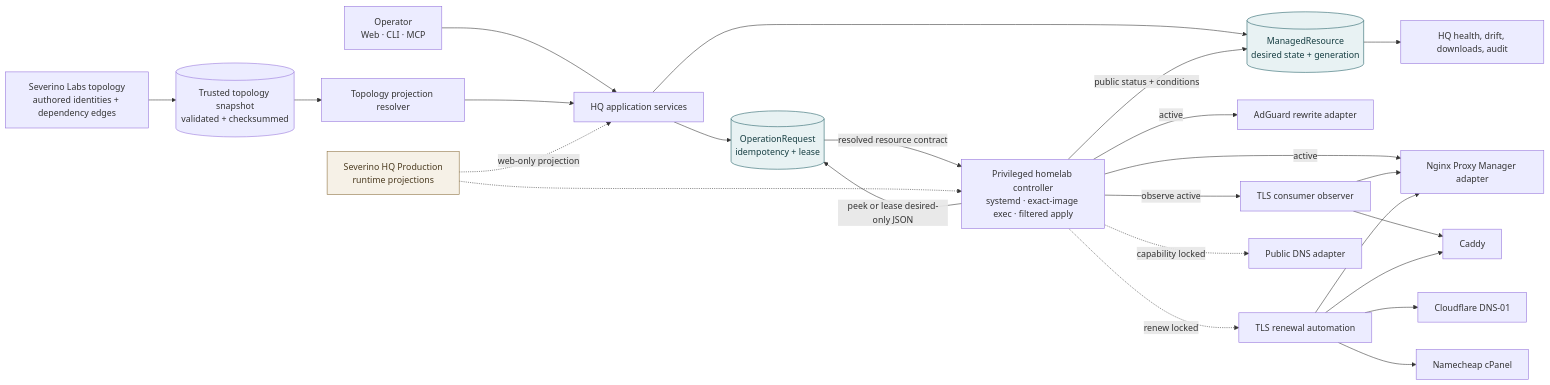
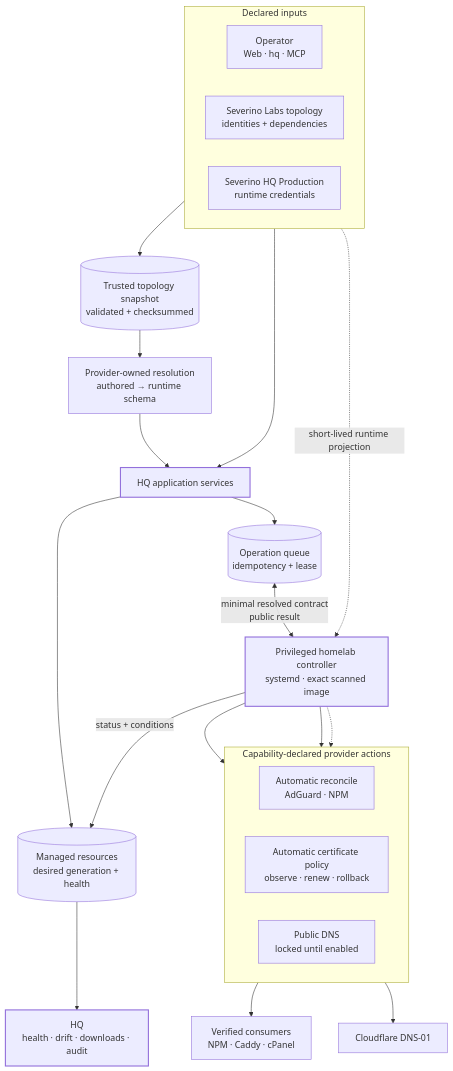
Before and after one commit to joeseverino/severino-hq: the diagram in docs/diagrams/infrastructure-control-plane.mmd, drawn with Mermaid. The commit also changed 31 other files, not shown here.

```diff
--- a/docs/diagrams/infrastructure-control-plane.mmd
+++ b/docs/diagrams/infrastructure-control-plane.mmd
@@ -1,32 +1,37 @@
-flowchart LR
-    operator["Operator<br/>Web · CLI · MCP"] --> services["HQ application services"]
-    topology["Severino Labs topology<br/>authored identities + dependency edges"] --> snapshot[("Trusted topology snapshot<br/>validated + checksummed")]
-    snapshot --> resolver["Topology projection resolver"]
+flowchart TB
+    subgraph inputs["Declared inputs"]
+        direction LR
+        operator["Operator<br/>Web · hq · MCP"]
+        topology["Severino Labs topology<br/>identities + dependencies"]
+        secrets["Severino HQ Production<br/>runtime credentials"]
+    end
+
+    topology --> snapshot[("Trusted topology snapshot<br/>validated + checksummed")]
+    snapshot --> resolver["Provider-owned resolution<br/>authored → runtime schema"]
+    operator --> services["HQ application services"]
     resolver --> services
-    services --> desired[("ManagedResource<br/>desired state + generation")]
-    services --> queue[("OperationRequest<br/>idempotency + lease")]
 
-    controller["Privileged homelab controller<br/>systemd · exact-image exec · filtered apply"] -->|peek or lease desired-only JSON| queue
-    queue -->|resolved resource contract| controller
-    controller -->|active| adguard["AdGuard rewrite adapter"]
-    controller -->|active| npm["Nginx Proxy Manager adapter"]
-    controller -->|observe active| tlsobserve["TLS consumer observer"]
-    controller -.->|renew locked| tls["TLS renewal automation"]
-    controller -.->|capability locked| publicdns["Public DNS adapter"]
-    tls --> cf["Cloudflare DNS-01"]
-    tlsobserve --> npm
-    tlsobserve --> caddy
-    tls --> npm
-    tls --> caddy["Caddy"]
-    tls --> cpanel["Namecheap cPanel"]
+    services --> desired[("Managed resources<br/>desired generation + health")]
+    services --> queue[("Operation queue<br/>idempotency + lease")]
 
-    controller -->|public status + conditions| desired
-    desired --> ui["HQ health, drift, downloads, audit"]
+    queue <-->|"minimal resolved contract<br/>public result"| controller["Privileged homelab controller<br/>systemd · exact scanned image"]
+    secrets -. "short-lived runtime projection" .-> controller
 
-    secrets["Severino HQ Production<br/>runtime projections"] -.-> controller
-    secrets -. "web-only projection" .-> services
+    subgraph outcomes["Capability-declared provider actions"]
+        direction LR
+        internal["Automatic reconcile<br/>AdGuard · NPM"]
+        tls["Automatic certificate policy<br/>observe · renew · rollback"]
+        publicdns["Public DNS<br/>locked until enabled"]
+    end
 
-    classDef store fill:#e8f2f3,stroke:#1f5d63,color:#153d41
-    classDef boundary fill:#f6f1e7,stroke:#8a6d3b,color:#4b3b20
-    class desired,queue store
-    class secrets boundary
+    controller --> internal
+    controller --> tls
+    controller -.-> publicdns
+    tls --> consumers["Verified consumers<br/>NPM · Caddy · cPanel"]
+    tls --> dns01["Cloudflare DNS-01"]
+
+    controller -->|"status + conditions"| desired
+    desired --> ui["HQ<br/>health · drift · downloads · audit"]
+
+    classDef anchor stroke-width:2px;
+    class services,controller,ui anchor;
```
